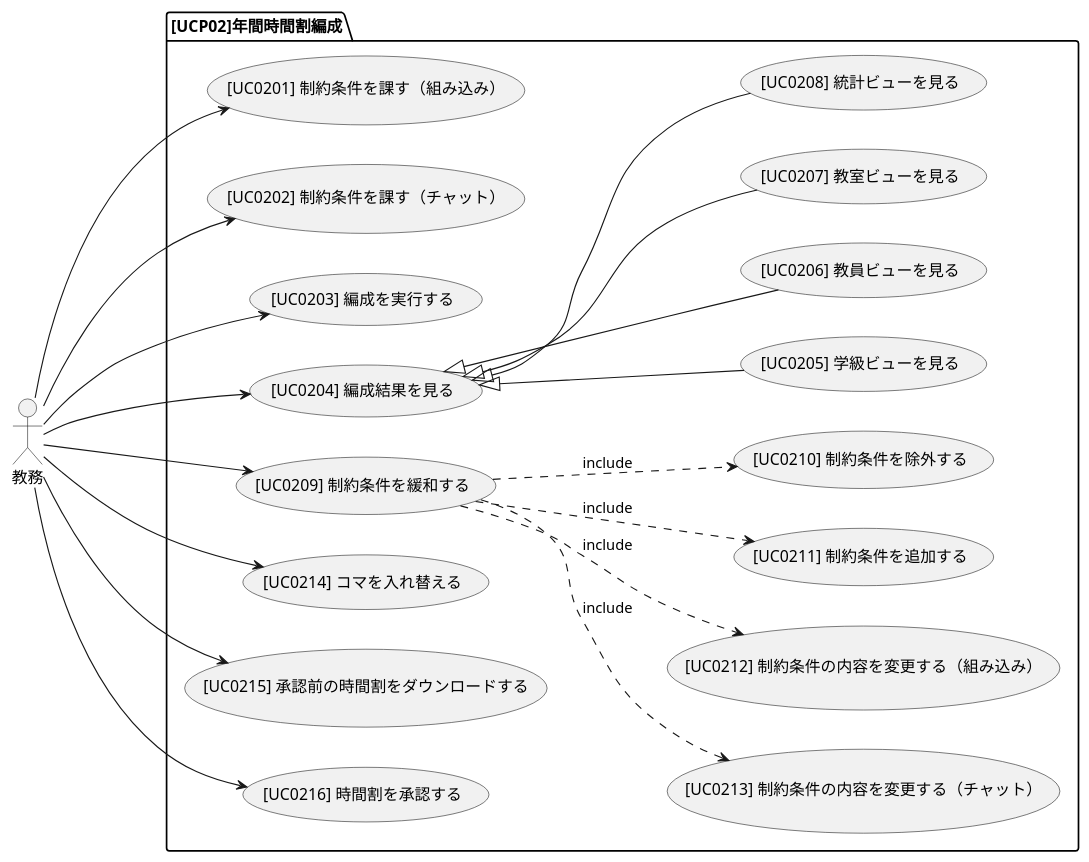
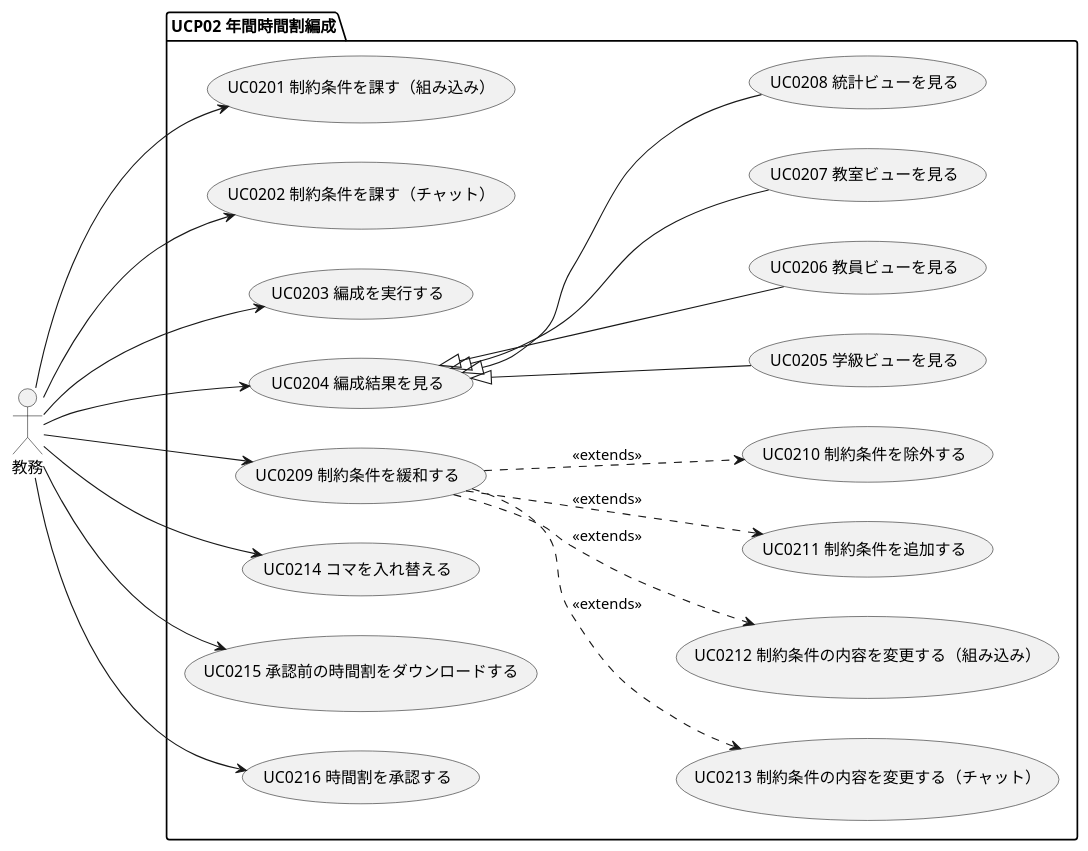
One commit to takayanag-i/working-in-progress changed the diagram in docs/03_システム要件定義/01_ユースケース図/UCP02_年間時間割編成.pu. Above: the diagram before and after it, drawn with PlantUML. The commit also changed 3 other files, not shown here.

Commit message:
[FIX] UC図レビュー指摘修正

```diff
--- a/docs/03_システム要件定義/01_ユースケース図/UCP02_年間時間割編成.pu
+++ b/docs/03_システム要件定義/01_ユースケース図/UCP02_年間時間割編成.pu
@@ -1,27 +1,27 @@
 @startuml usecase diagram
 left to right direction
 
-:教務:
+actor 教務
 
-    package [UCP02]年間時間割編成 {
-        教務--->([UC0201] 制約条件を課す（組み込み）)
-        教務--->([UC0202] 制約条件を課す（チャット）)
-        教務--->([UC0203] 編成を実行する)
-        教務--->([UC0204] 編成結果を見る)
-        教務--->([UC0209] 制約条件を緩和する)
-        教務--->([UC0214] コマを入れ替える)
-        教務--->([UC0215] 承認前の時間割をダウンロードする)
-        教務--->([UC0216] 時間割を承認する)
+package "UCP02 年間時間割編成" {
+    教務--->(UC0201 制約条件を課す（組み込み）)
+    教務--->(UC0202 制約条件を課す（チャット）)
+    教務--->(UC0203 編成を実行する)
+    教務--->(UC0204 編成結果を見る)
+    教務--->(UC0209 制約条件を緩和する)
+    教務--->(UC0214 コマを入れ替える)
+    教務--->(UC0215 承認前の時間割をダウンロードする)
+    教務--->(UC0216 時間割を承認する)
 
-        ([UC0204] 編成結果を見る) <|-- ([UC0205] 学級ビューを見る)
-        ([UC0204] 編成結果を見る) <|-- ([UC0206] 教員ビューを見る)
-        ([UC0204] 編成結果を見る) <|-- ([UC0207] 教室ビューを見る)
-        ([UC0204] 編成結果を見る) <|-- ([UC0208] 統計ビューを見る)
+    (UC0204 編成結果を見る) <|-- (UC0205 学級ビューを見る)
+    (UC0204 編成結果を見る) <|-- (UC0206 教員ビューを見る)
+    (UC0204 編成結果を見る) <|-- (UC0207 教室ビューを見る)
+    (UC0204 編成結果を見る) <|-- (UC0208 統計ビューを見る)
 
-        ([UC0209] 制約条件を緩和する) ..> ([UC0213] 制約条件の内容を変更する（チャット）) : include
-        ([UC0209] 制約条件を緩和する) ..> ([UC0212] 制約条件の内容を変更する（組み込み）) : include
-        ([UC0209] 制約条件を緩和する) ..> ([UC0211] 制約条件を追加する) : include
-        ([UC0209] 制約条件を緩和する) ..> ([UC0210] 制約条件を除外する) : include
-    }
+    (UC0209 制約条件を緩和する) ..> (UC0213 制約条件の内容を変更する（チャット）) : <<extends>>
+    (UC0209 制約条件を緩和する) ..> (UC0212 制約条件の内容を変更する（組み込み）) : <<extends>>
+    (UC0209 制約条件を緩和する) ..> (UC0211 制約条件を追加する) : <<extends>>
+    (UC0209 制約条件を緩和する) ..> (UC0210 制約条件を除外する) : <<extends>>
+}
 
 @enduml
```
